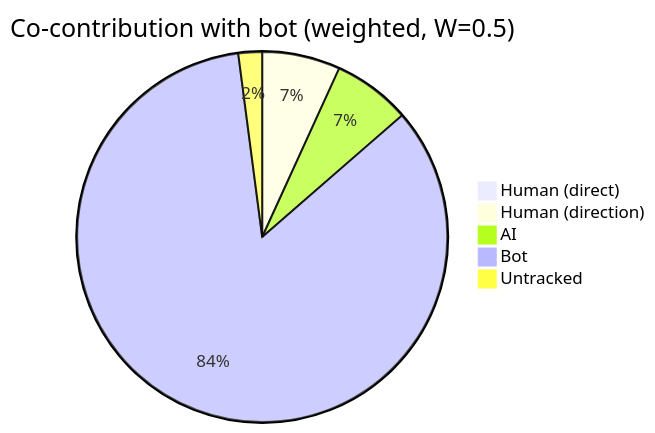
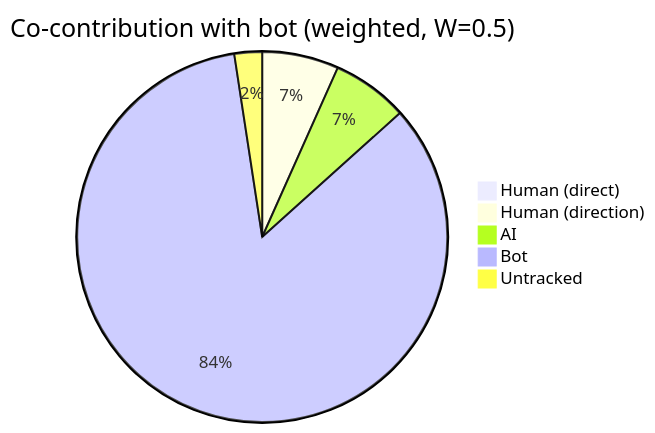
Before and after one commit to CaliMark/game-of-life: the sixth of 7 diagrams in AI-AUTHORSHIP.md, drawn with Mermaid. The commit also changed other lines of this file and 1 other file, not shown here.

````diff
--- a/AI-AUTHORSHIP.md
+++ b/AI-AUTHORSHIP.md
@@ -69,8 +66,8 @@
 ```mermaid
 pie title Co-contribution with bot (weighted, W=0.5)
-    "Human (direct)" : 1
+    "Human (direct)" : 0
     "Human (direction)" : 293
     "AI" : 292
-    "Bot" : 3625
-    "Untracked" : 89
+    "Bot" : 3694
+    "Untracked" : 106
 ```
````
